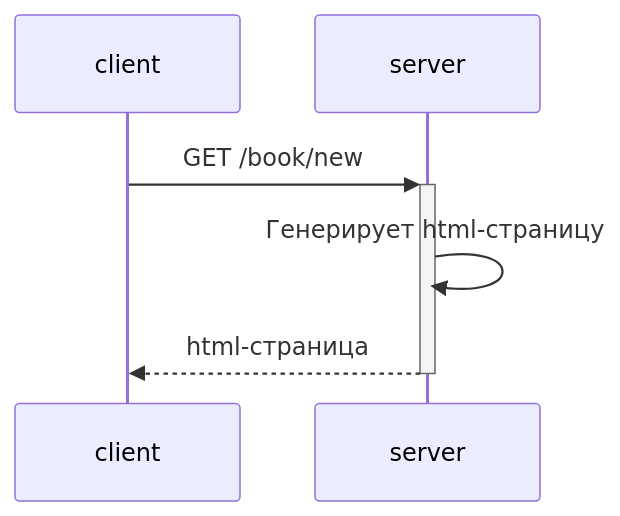
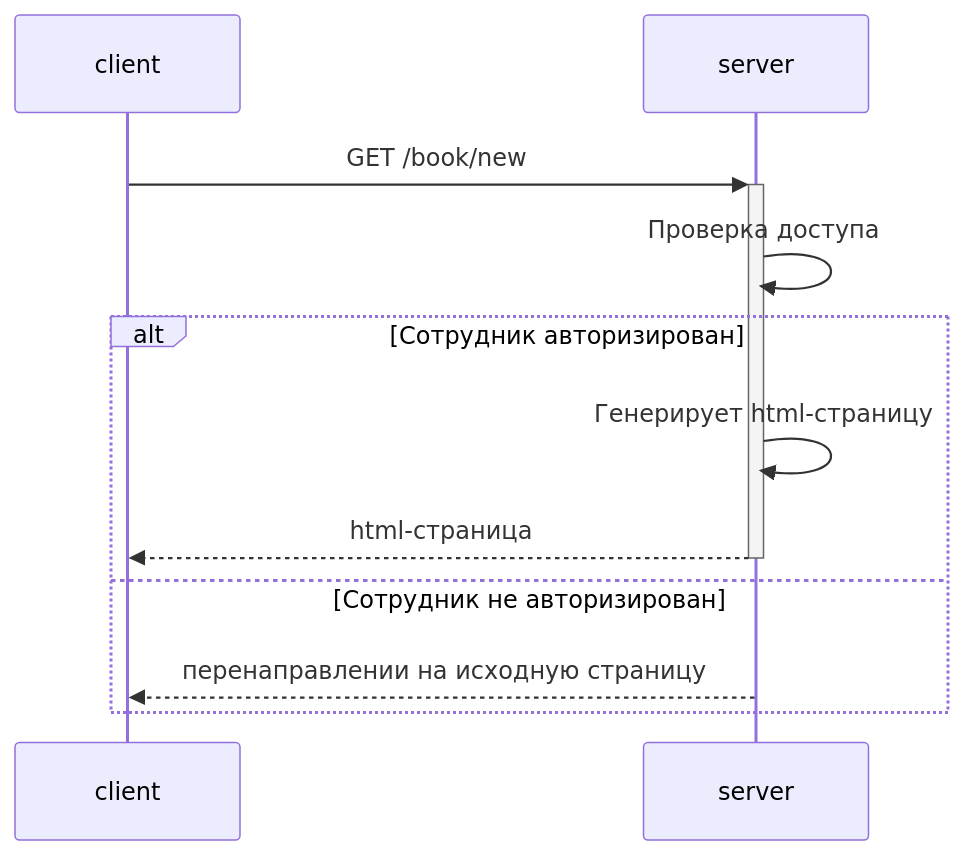
One commit to Ergorium/Web-technology-3c-6s changed the diagram in documentation/diagrams/sequenceDiagrams/book.get.new.md. Above: the diagram before and after it, drawn with Mermaid. The commit also changed 16 other files, not shown here.

````diff
--- a/documentation/diagrams/sequenceDiagrams/book.get.new.md
+++ b/documentation/diagrams/sequenceDiagrams/book.get.new.md
@@ -3,8 +3,13 @@
 ```mermaid
 sequenceDiagram;
 	participant client
 	participant server
 	client->>+server: GET /book/new
+	server->>server: Проверка доступа
+	alt Сотрудник авторизирован
 	server->>server: Генерирует html-страницу
 	server-->>-client: html-страница
+	else Сотрудник не авторизирован
+	server-->>client: перенаправлении на исходную страницу
+	end
 ```
````
